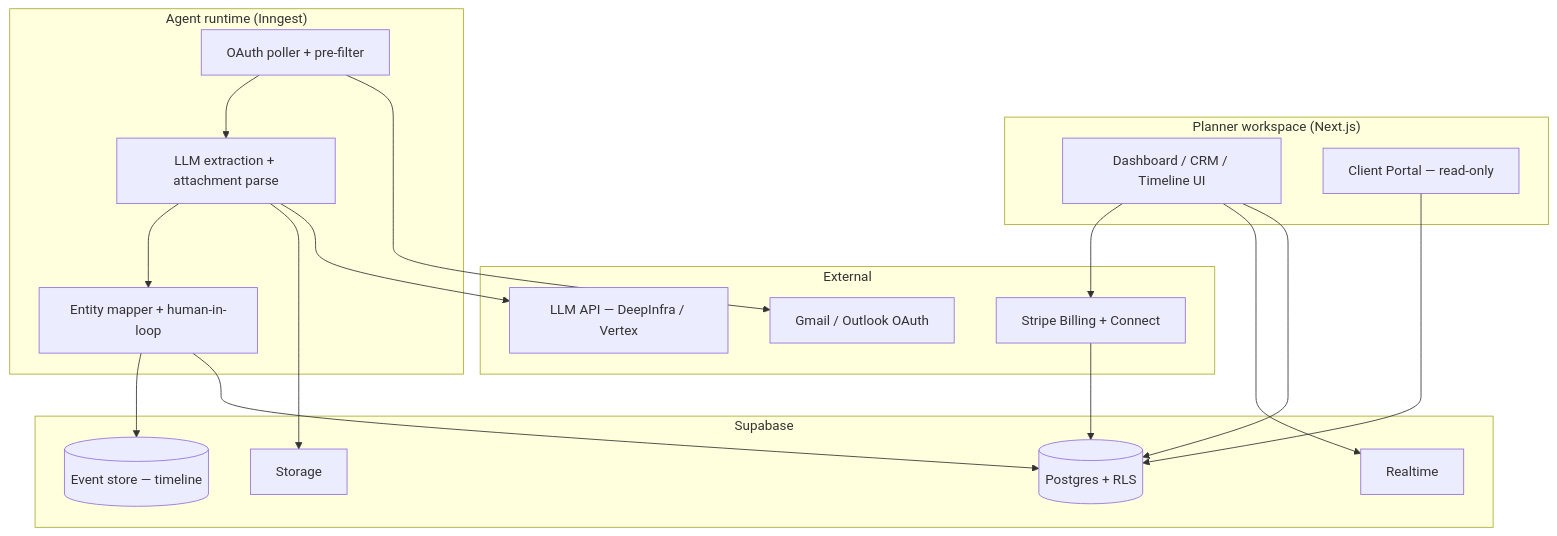
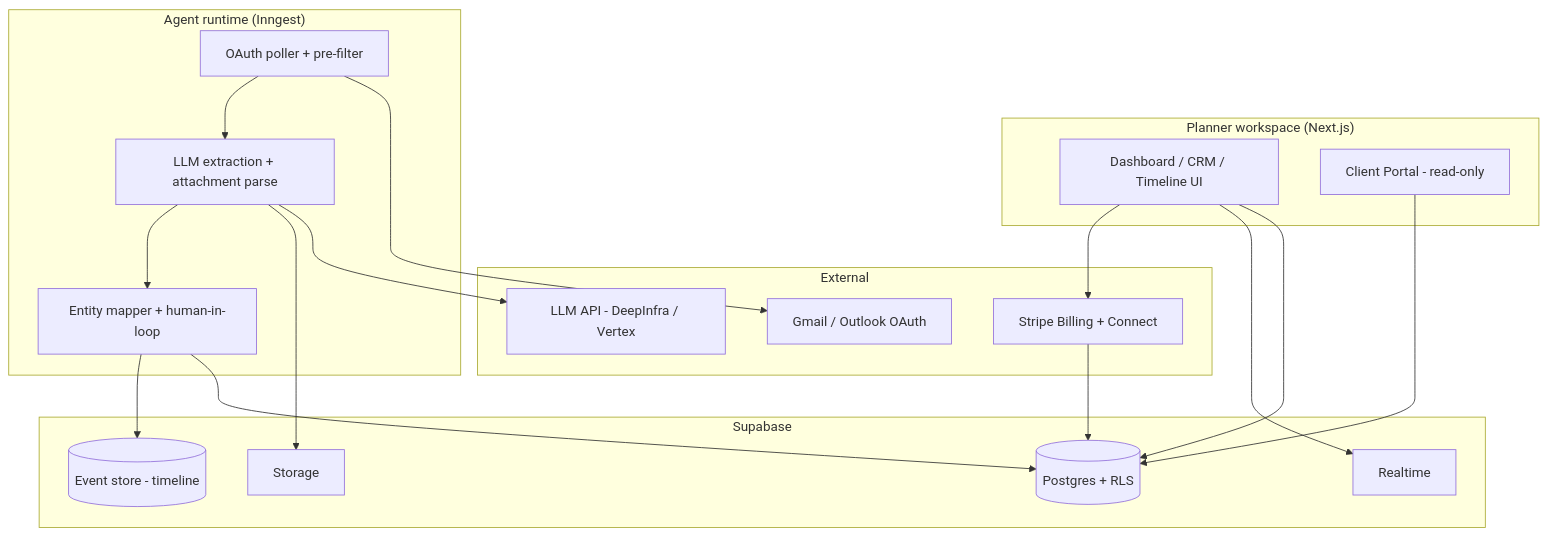
One commit to vikas-movva/Obsidian changed the first of 2 diagrams in Projects/Event Manager SaaS/Design Doc.md. Above: the diagram before and after it, drawn with Mermaid. The commit also changed other lines of this file, not shown here.

````diff
--- a/Projects/Event Manager SaaS/Design Doc.md
+++ b/Projects/Event Manager SaaS/Design Doc.md
@@ -56,36 +54,36 @@
 ```mermaid
 flowchart TB
     subgraph Planner["Planner workspace (Next.js)"]
         A[Dashboard / CRM / Timeline UI]
-        B[Client Portal — read-only]
+        B[Client Portal - read-only]
     end
     subgraph Agents["Agent runtime (Inngest)"]
         C[OAuth poller + pre-filter]
         D[LLM extraction + attachment parse]
         E[Entity mapper + human-in-loop]
     end
     subgraph Supabase["Supabase"]
         F[(Postgres + RLS)]
         G[Realtime]
         H[Storage]
-        I[(Event store — timeline)]
+        I[(Event store - timeline)]
     end
     subgraph External["External"]
         J[Gmail / Outlook OAuth]
         K[Stripe Billing + Connect]
-        L[LLM API — DeepInfra / Vertex]
+        L[LLM API - DeepInfra / Vertex]
     end
 
     A --> F
     A --> G
     B --> F
     C --> J
     C --> D
     D --> L
     D --> H
     D --> E
     E --> F
     E --> I
     A --> K
     K --> F
 ```
````
